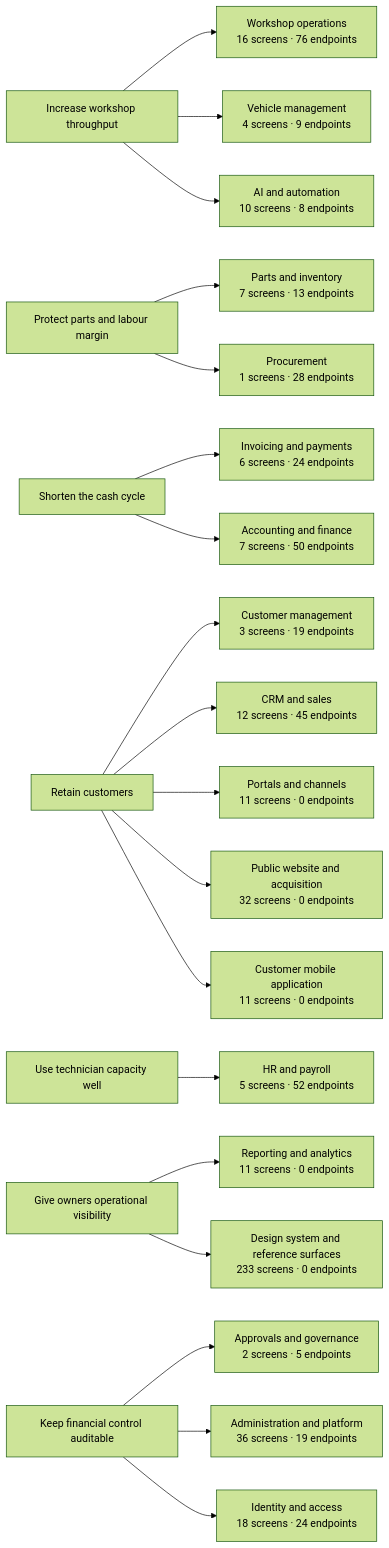
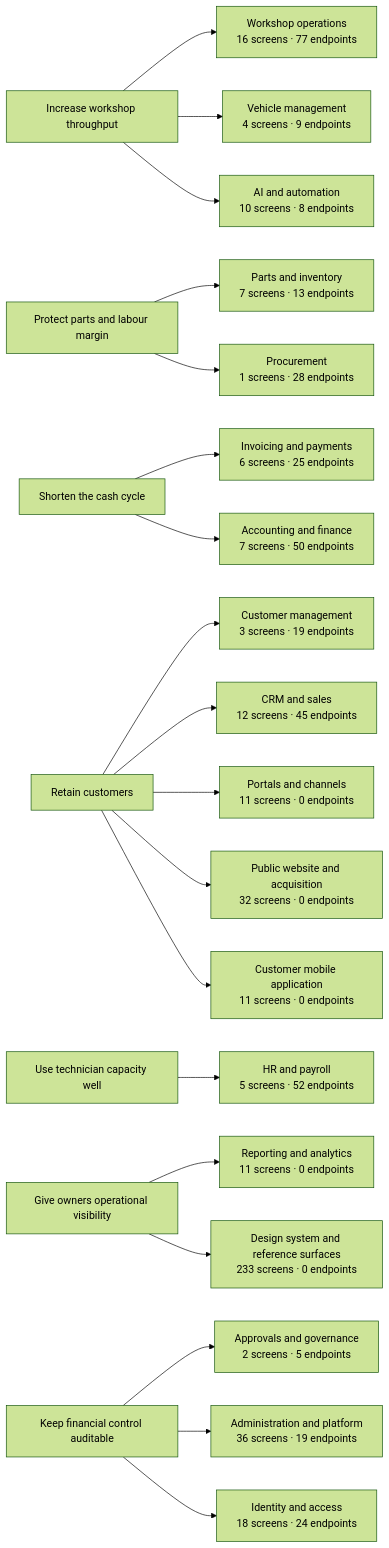
One commit to tazamohd/SlClNe changed the diagram in docs/07_BUSINESS_ANALYSIS/BUSINESS_CAPABILITY_MAP.md. Above: the diagram before and after it, drawn with Mermaid (forest theme). The commit also changed other lines of this file and 67 other files, not shown here.

````diff
--- a/docs/07_BUSINESS_ANALYSIS/BUSINESS_CAPABILITY_MAP.md
+++ b/docs/07_BUSINESS_ANALYSIS/BUSINESS_CAPABILITY_MAP.md
@@ -22,46 +22,46 @@
 ```mermaid
 flowchart LR
   OBJ_THROUGHPUT["Increase workshop throughput"]
   OBJ_MARGIN["Protect parts and labour margin"]
   OBJ_CASH["Shorten the cash cycle"]
   OBJ_RETENTION["Retain customers"]
   OBJ_CAPACITY["Use technician capacity well"]
   OBJ_VISIBILITY["Give owners operational visibility"]
   OBJ_CONTROL["Keep financial control auditable"]
-  CAP_WORKSHOP["Workshop operations<br/>16 screens · 76 endpoints"]
+  CAP_WORKSHOP["Workshop operations<br/>16 screens · 77 endpoints"]
   OBJ_THROUGHPUT --> CAP_WORKSHOP
   CAP_CUSTOMERS["Customer management<br/>3 screens · 19 endpoints"]
   OBJ_RETENTION --> CAP_CUSTOMERS
   CAP_VEHICLES["Vehicle management<br/>4 screens · 9 endpoints"]
   OBJ_THROUGHPUT --> CAP_VEHICLES
   CAP_INVENTORY["Parts and inventory<br/>7 screens · 13 endpoints"]
   OBJ_MARGIN --> CAP_INVENTORY
   CAP_PROCUREMENT["Procurement<br/>1 screens · 28 endpoints"]
   OBJ_MARGIN --> CAP_PROCUREMENT
-  CAP_BILLING["Invoicing and payments<br/>6 screens · 24 endpoints"]
+  CAP_BILLING["Invoicing and payments<br/>6 screens · 25 endpoints"]
   OBJ_CASH --> CAP_BILLING
   CAP_ACCOUNTING["Accounting and finance<br/>7 screens · 50 endpoints"]
   OBJ_CASH --> CAP_ACCOUNTING
   CAP_HR["HR and payroll<br/>5 screens · 52 endpoints"]
   OBJ_CAPACITY --> CAP_HR
   CAP_CRM["CRM and sales<br/>12 screens · 45 endpoints"]
   OBJ_RETENTION --> CAP_CRM
   CAP_REPORTING["Reporting and analytics<br/>11 screens · 0 endpoints"]
   OBJ_VISIBILITY --> CAP_REPORTING
   CAP_GOVERNANCE["Approvals and governance<br/>2 screens · 5 endpoints"]
   OBJ_CONTROL --> CAP_GOVERNANCE
   CAP_PORTALS["Portals and channels<br/>11 screens · 0 endpoints"]
   OBJ_RETENTION --> CAP_PORTALS
   CAP_AI["AI and automation<br/>10 screens · 8 endpoints"]
   OBJ_THROUGHPUT --> CAP_AI
   CAP_PLATFORM["Administration and platform<br/>36 screens · 19 endpoints"]
   OBJ_CONTROL --> CAP_PLATFORM
   CAP_IDENTITY["Identity and access<br/>18 screens · 24 endpoints"]
   OBJ_CONTROL --> CAP_IDENTITY
   CAP_WEBSITE["Public website and acquisition<br/>32 screens · 0 endpoints"]
   OBJ_RETENTION --> CAP_WEBSITE
   CAP_CUSTOMERAPP["Customer mobile application<br/>11 screens · 0 endpoints"]
   OBJ_RETENTION --> CAP_CUSTOMERAPP
   CAP_DESIGNSYSTEM["Design system and reference surfaces<br/>233 screens · 0 endpoints"]
   OBJ_VISIBILITY --> CAP_DESIGNSYSTEM
 ```
````
